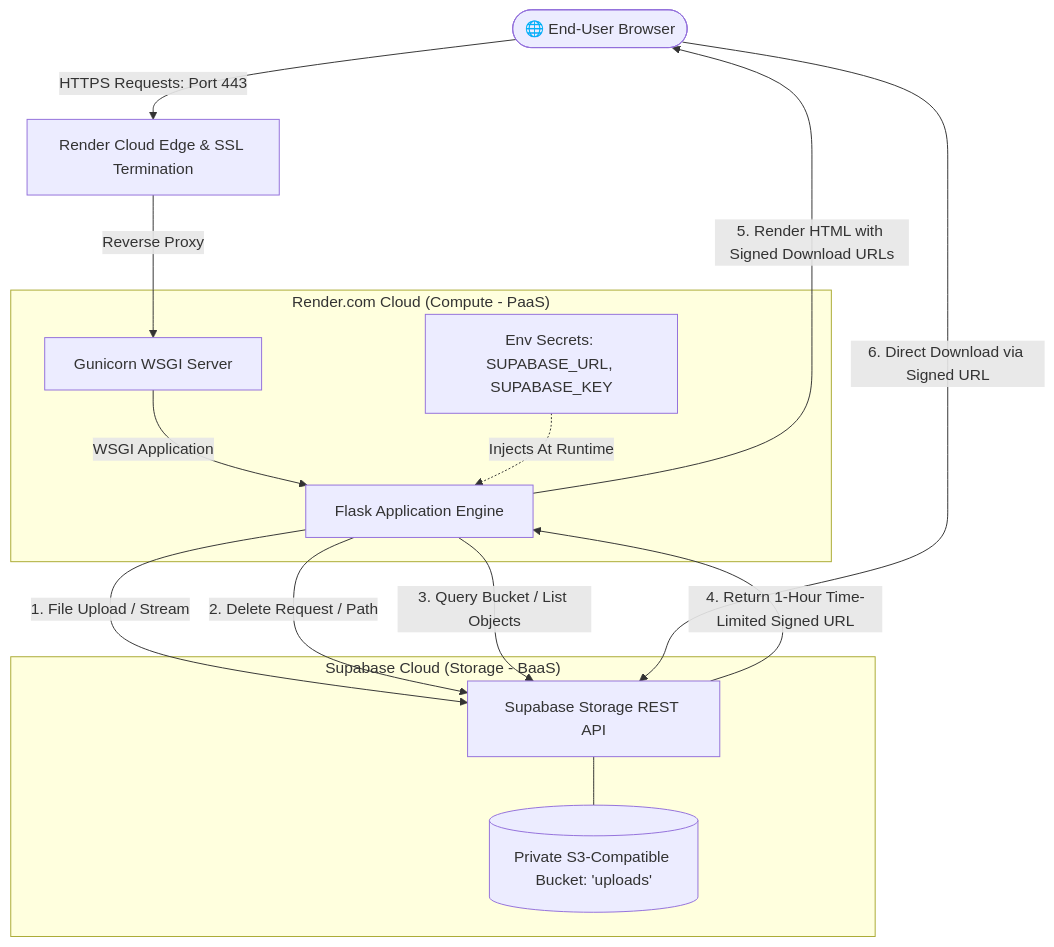
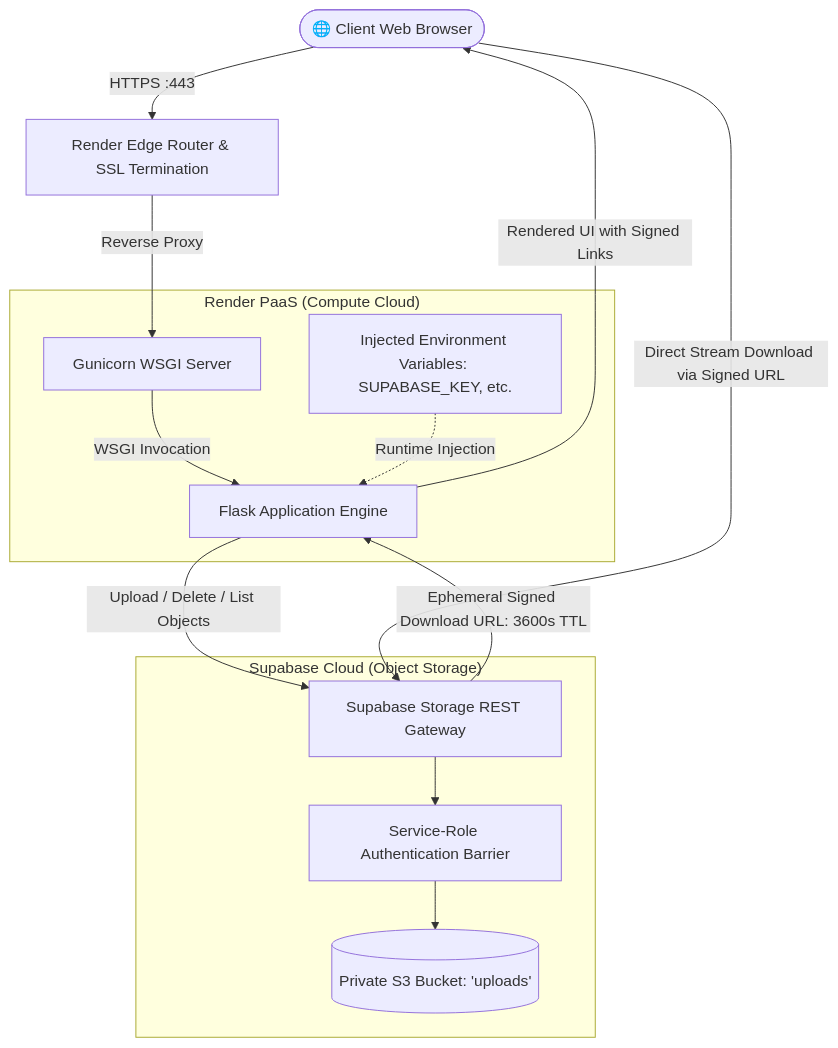
The diagram in README.md (Chetanbavaliya123/cloud-file-manager), drawn with Mermaid before and after one commit. The commit also changed other lines of this file and 13 other files, not shown here.

````diff
--- a/README.md
+++ b/README.md
@@ -18,26 +37,26 @@
 ```mermaid
 graph TD
-    User([🌐 End-User Browser]) -->|HTTPS Requests: Port 443| RenderEdge[Render Cloud Edge & SSL Termination]
-    RenderEdge -->|Reverse Proxy| Gunicorn[Gunicorn WSGI Server]
-    Gunicorn -->|WSGI Application| FlaskApp[Flask Application Engine]
+    Client([🌐 Client Web Browser]) -->|HTTPS :443| Edge[Render Edge Router & SSL Termination]
+    Edge -->|Reverse Proxy| Gunicorn[Gunicorn WSGI Server]
+    Gunicorn -->|WSGI Invocation| FlaskApp[Flask Application Engine]
 
-    subgraph "Render.com Cloud (Compute - PaaS)"
+    subgraph "Render PaaS (Compute Cloud)"
         Gunicorn
         FlaskApp
-        Config[Env Secrets: SUPABASE_URL, SUPABASE_KEY]
-        Config -.->|Injects At Runtime| FlaskApp
+        Env[Injected Environment Variables: SUPABASE_KEY, etc.]
+        Env -.->|Runtime Injection| FlaskApp
     end
 
-    subgraph "Supabase Cloud (Storage - BaaS)"
-        SupaAPI[Supabase Storage REST API]
-        PrivateBucket[("Private S3-Compatible Bucket: 'uploads'")]
-        SupaAPI --- PrivateBucket
+    subgraph "Supabase Cloud (Object Storage)"
+        StorageAPI[Supabase Storage REST Gateway]
+        AuthGuard[Service-Role Authentication Barrier]
+        PrivateBucket[("Private S3 Bucket: 'uploads'")]
+        StorageAPI --> AuthGuard
+        AuthGuard --> PrivateBucket
     end
 
-    FlaskApp -->|1. File Upload / Stream| SupaAPI
-    FlaskApp -->|2. Delete Request / Path| SupaAPI
-    FlaskApp -->|3. Query Bucket / List Objects| SupaAPI
-    SupaAPI -->|4. Return 1-Hour Time-Limited Signed URL| FlaskApp
-    FlaskApp -->|5. Render HTML with Signed Download URLs| User
-    User -->|6. Direct Download via Signed URL| SupaAPI
+    FlaskApp -->|Upload / Delete / List Objects| StorageAPI
+    StorageAPI -->|Ephemeral Signed Download URL: 3600s TTL| FlaskApp
+    FlaskApp -->|Rendered UI with Signed Links| Client
+    Client -->|Direct Stream Download via Signed URL| StorageAPI
 ```
````
